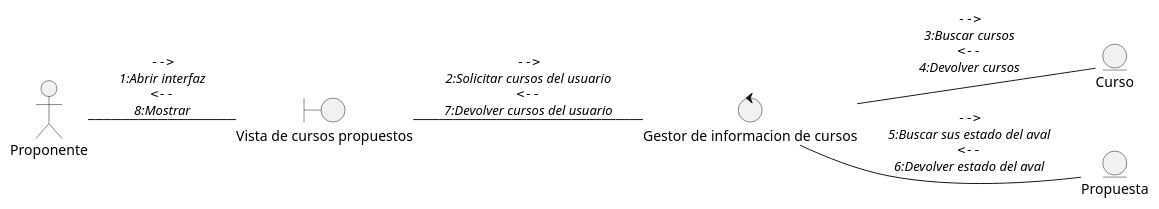
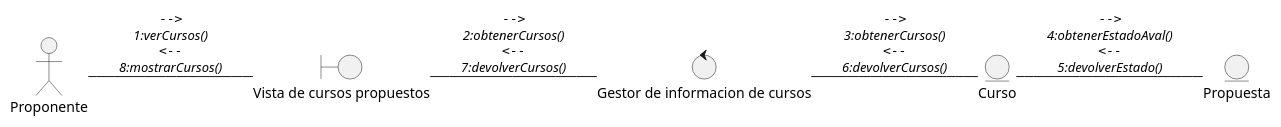
The diagram in docs/scenariosView/DisciplinaDeAnalisisDiagramaDeColaboracionVerCursos.plantuml (Samantha-Ramirez/ProyectoEquipo7ING), drawn with PlantUML before and after one commit. The commit also changed 32 other files, not shown here.

Commit message:
Diagramas de clases y de colaboracion hasta UC8 2906

```diff
--- a/docs/scenariosView/DisciplinaDeAnalisisDiagramaDeColaboracionVerCursos.plantuml
+++ b/docs/scenariosView/DisciplinaDeAnalisisDiagramaDeColaboracionVerCursos.plantuml
@@ -1,19 +1,18 @@
 @startuml DisciplinaDeAnalisisDiagramaDeColaboracionVerCursos
 left to right direction
 
 actor "Proponente" as actorProponente
 
 entity "Curso" as entidadCurso
 entity "Propuesta" as entidadPropuesta
 
 boundary "Vista de cursos propuestos" as vistaCursosPropuestos
 
 control "Gestor de informacion de cursos" as ctrlGestorInformacionCursos
 
-actorProponente -- vistaCursosPropuestos : ""-->""\n//1:Abrir interfaz//\n""<--""\n//8:Mostrar//
-vistaCursosPropuestos -- ctrlGestorInformacionCursos : ""-->""\n//2:Solicitar cursos del usuario//\n""<--""\n//7:Devolver cursos del usuario//
-ctrlGestorInformacionCursos -- entidadCurso : ""-->""\n//3:Buscar cursos//\n""<--""\n//4:Devolver cursos//
-ctrlGestorInformacionCursos -- entidadPropuesta : ""-->""\n//5:Buscar sus estado del aval//\n""<--""\n//6:Devolver estado del aval//
-
+actorProponente -- vistaCursosPropuestos : ""-->""\n//1:verCursos()//\n""<--""\n//8:mostrarCursos()//
+vistaCursosPropuestos -- ctrlGestorInformacionCursos : ""-->""\n//2:obtenerCursos()//\n""<--""\n//7:devolverCursos()//
+ctrlGestorInformacionCursos -- entidadCurso : ""-->""\n//3:obtenerCursos()//\n""<--""\n//6:devolverCursos()//
+entidadCurso -- entidadPropuesta : ""-->""\n//4:obtenerEstadoAval()//\n""<--""\n//5:devolverEstado()//
 
 @enduml
```
